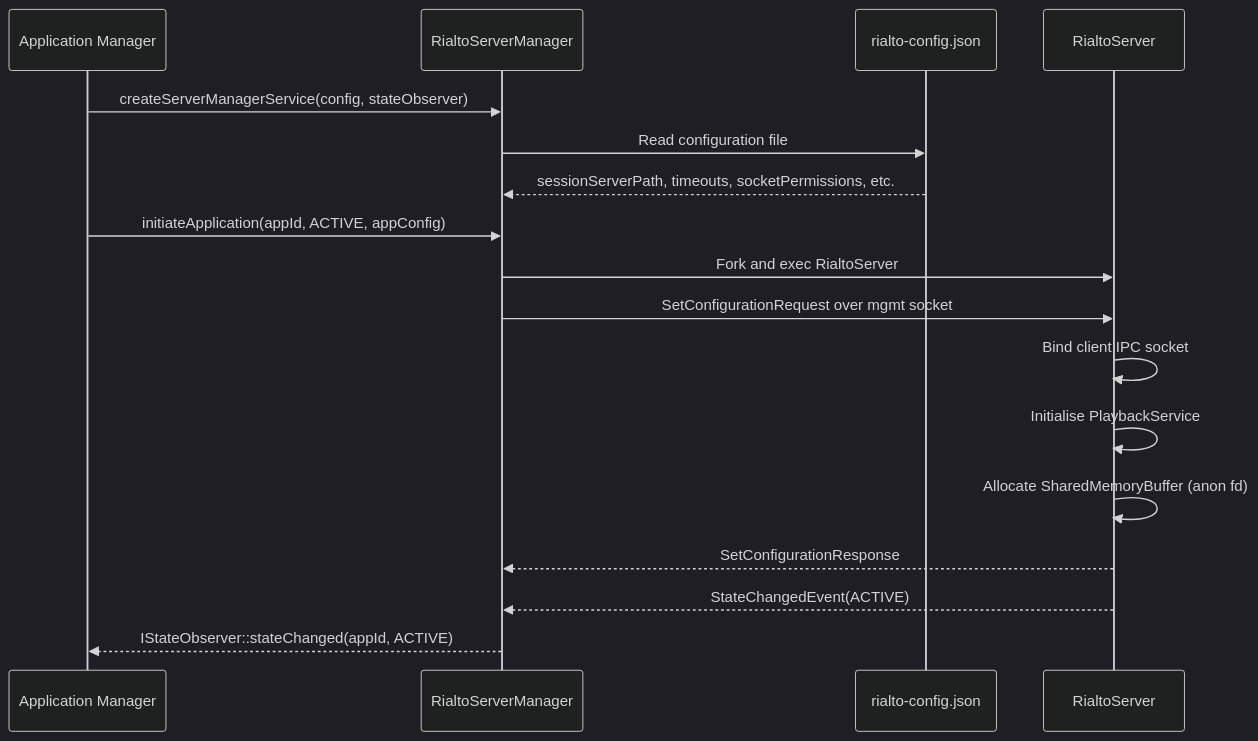
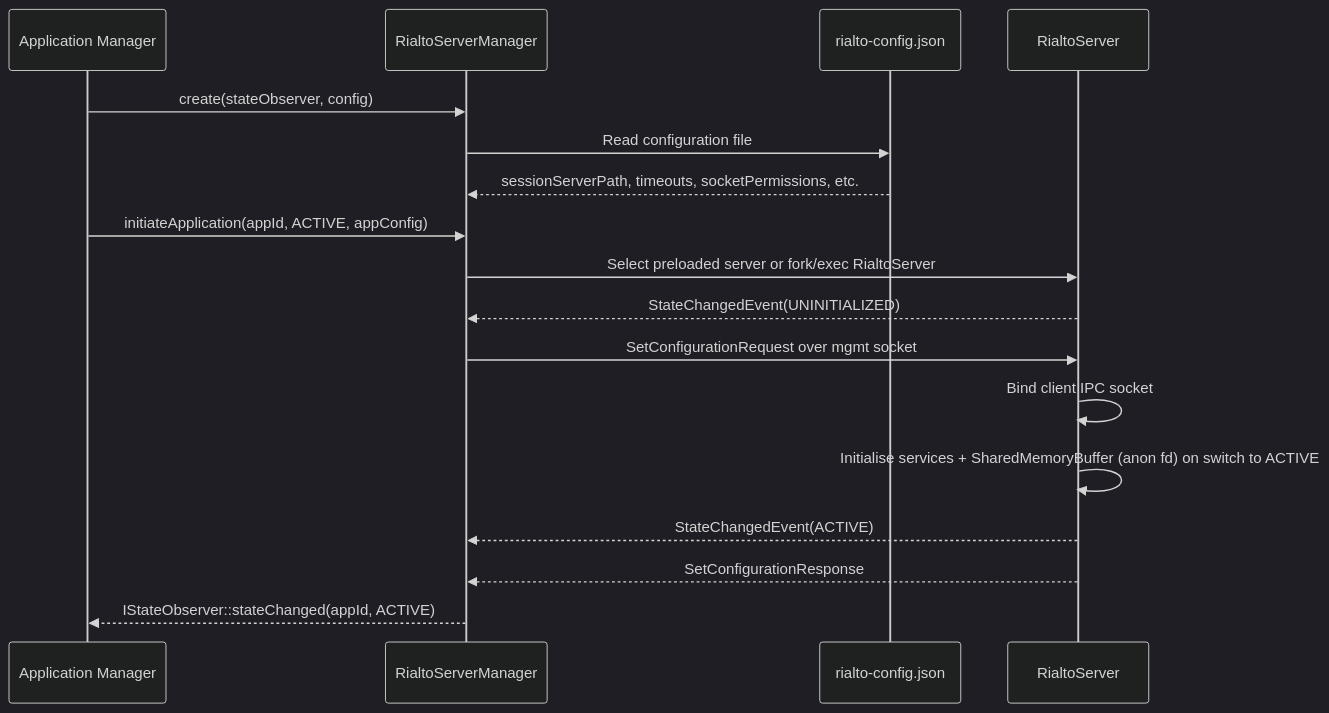
One commit to rdkcentral/rialto changed the fourth of 7 diagrams in docs/README.md. Above: the diagram before and after it, drawn with Mermaid (dark theme). The commit also changed other lines of this file, not shown here.

First line of the commit message:
RDKDEV-1681: Add Rialto Documentation

````diff
--- a/docs/README.md
+++ b/docs/README.md
@@ -208,20 +208,20 @@
 ```mermaid
 sequenceDiagram
     participant AppMgr as Application Manager
     participant RSM as RialtoServerManager
     participant Config as rialto-config.json
     participant RS as RialtoServer
 
-    AppMgr->>RSM: createServerManagerService(config, stateObserver)
+    AppMgr->>RSM: create(stateObserver, config)
     RSM->>Config: Read configuration file
     Config-->>RSM: sessionServerPath, timeouts, socketPermissions, etc.
     AppMgr->>RSM: initiateApplication(appId, ACTIVE, appConfig)
-    RSM->>RS: Fork and exec RialtoServer
+    RSM->>RS: Select preloaded server or fork/exec RialtoServer
+    RS-->>RSM: StateChangedEvent(UNINITIALIZED)
     RSM->>RS: SetConfigurationRequest over mgmt socket
     RS->>RS: Bind client IPC socket
-    RS->>RS: Initialise PlaybackService
-    RS->>RS: Allocate SharedMemoryBuffer (anon fd)
+    RS->>RS: Initialise services + SharedMemoryBuffer (anon fd) on switch to ACTIVE
+    RS-->>RSM: StateChangedEvent(ACTIVE)
     RS-->>RSM: SetConfigurationResponse
-    RS-->>RSM: StateChangedEvent(ACTIVE)
     RSM-->>AppMgr: IStateObserver::stateChanged(appId, ACTIVE)
 ```
````
